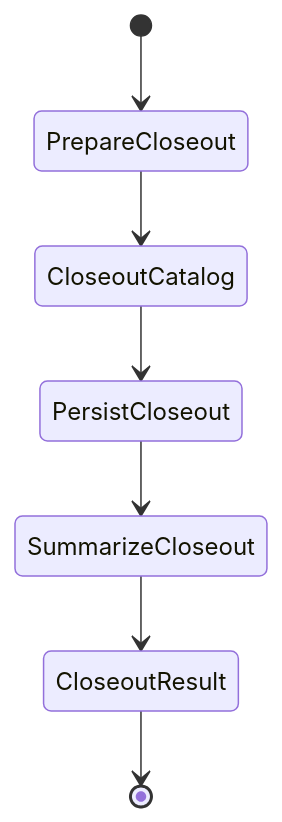
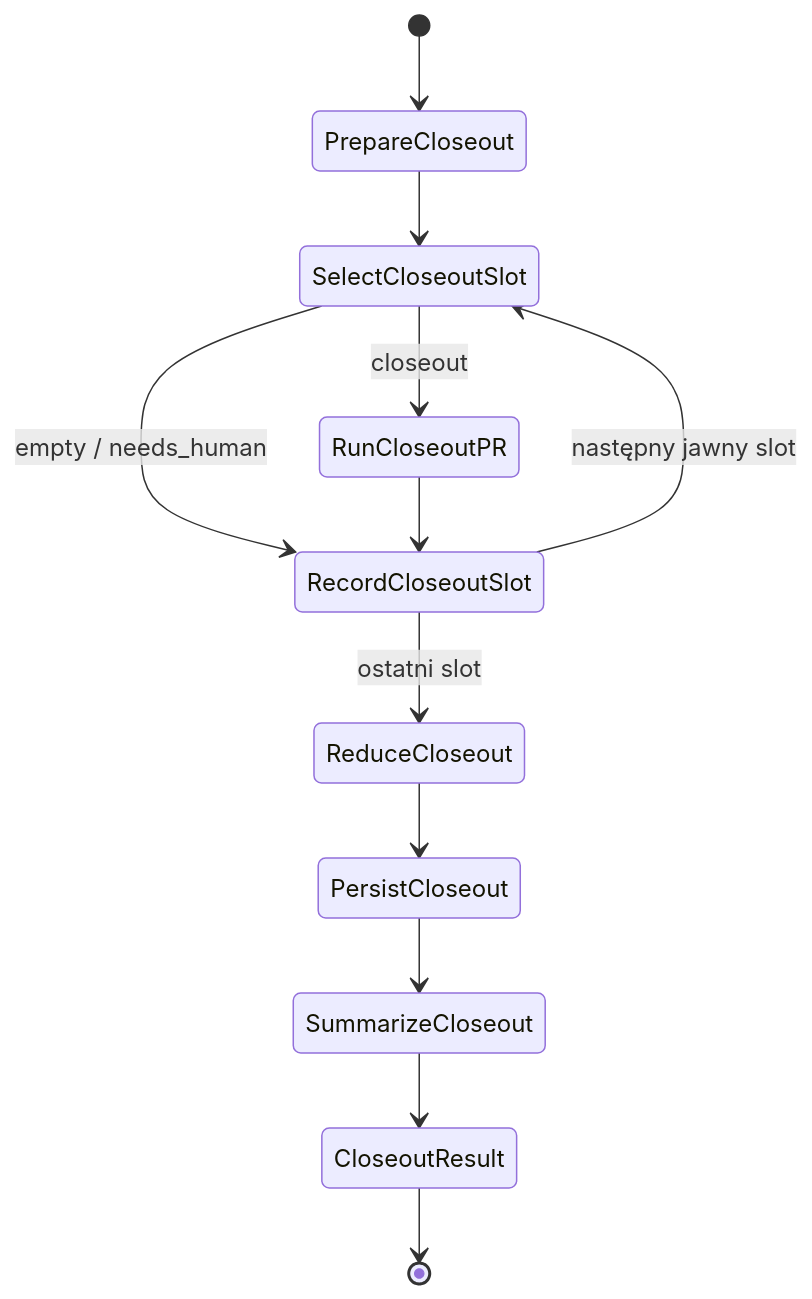
Diagram 26 of 49 in README.md (mikolaj92/lokay), drawn with Mermaid before and after one commit. The commit also changed other lines of this file and 17 other files, not shown here.

First line of the commit message:
fix: move PR closeout catalog into authored Fala slots

````diff
--- a/README.md
+++ b/README.md
@@ -743,9 +743,14 @@
 ```mermaid
 stateDiagram-v2
     [*] --> PrepareCloseout
-    PrepareCloseout --> CloseoutCatalog
-    CloseoutCatalog --> PersistCloseout
+    PrepareCloseout --> SelectCloseoutSlot
+    SelectCloseoutSlot --> RunCloseoutPR: closeout
+    SelectCloseoutSlot --> RecordCloseoutSlot: empty / needs_human
+    RunCloseoutPR --> RecordCloseoutSlot
+    RecordCloseoutSlot --> SelectCloseoutSlot: następny jawny slot
+    RecordCloseoutSlot --> ReduceCloseout: ostatni slot
+    ReduceCloseout --> PersistCloseout
     PersistCloseout --> SummarizeCloseout
     SummarizeCloseout --> CloseoutResult
     CloseoutResult --> [*]
 ```
````
